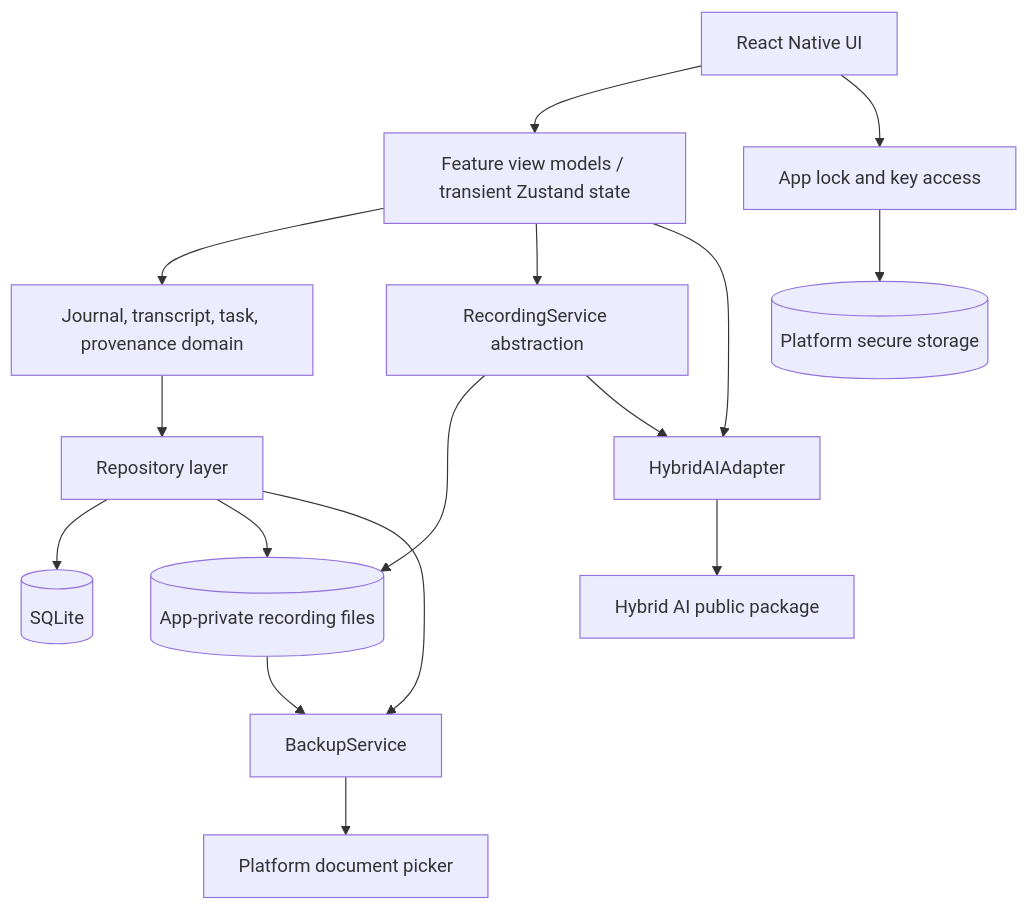
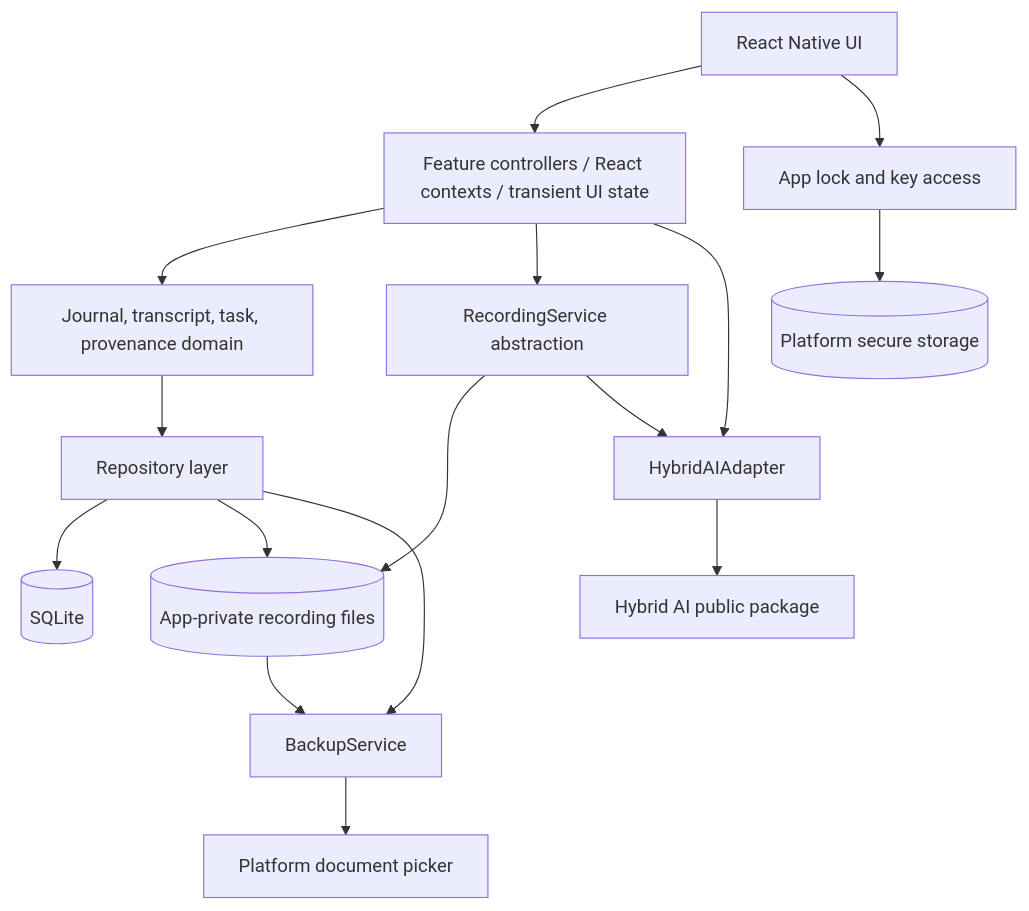
Before and after one commit to ashrithyvs/audio-journal: the second of 2 diagrams in docs/high-level-design.md, drawn with Mermaid. The commit also changed other lines of this file and 10 other files, not shown here.

````diff
--- a/docs/high-level-design.md
+++ b/docs/high-level-design.md
@@ -42,28 +49,28 @@
 ```mermaid
 flowchart TB
     UI[React Native UI]
-    VM[Feature view models / transient Zustand state]
+    VM[Feature controllers / React contexts / transient UI state]
     Domain[Journal, transcript, task, provenance domain]
     Repos[Repository layer]
     DB[(SQLite)]
     Files[(App-private recording files)]
     Lock[App lock and key access]
     Secure[(Platform secure storage)]
     Recording[RecordingService abstraction]
     Backup[BackupService]
     Picker[Platform document picker]
     AI[HybridAIAdapter]
     SDK[Hybrid AI public package]
 
     UI --> VM --> Domain
     Domain --> Repos
     Repos --> DB
     Repos --> Files
     UI --> Lock --> Secure
     VM --> Recording --> Files
     VM --> AI --> SDK
     Recording --> AI
     Repos --> Backup
     Files --> Backup
     Backup --> Picker
 ```
````
